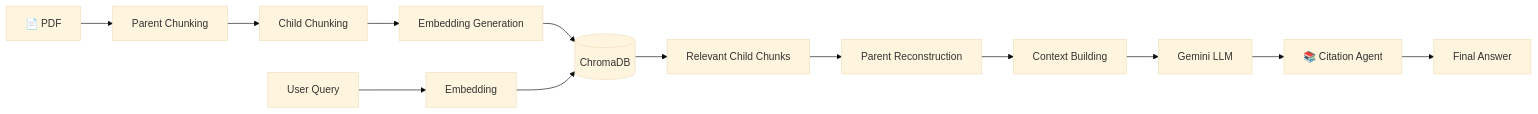
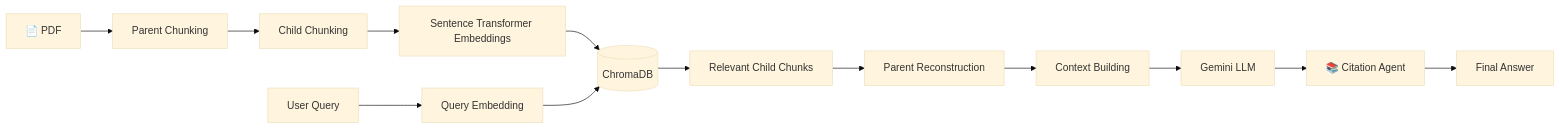
One commit to shubhamm-27/OmniResearchAI changed the third of 3 diagrams in README.md. Above: the diagram before and after it, drawn with Mermaid (base theme). The commit also changed other lines of this file, not shown here.

````diff
--- a/README.md
+++ b/README.md
@@ -169,31 +175,31 @@
 ```mermaid
 flowchart LR
 
 A[📄 PDF]
 
 A --> B[Parent Chunking]
 
 B --> C[Child Chunking]
 
-C --> D[Embedding Generation]
+C --> D[Sentence Transformer Embeddings]
 
 D --> E[(ChromaDB)]
 
 F[User Query]
 
-F --> G[Embedding]
+F --> G[Query Embedding]
 
 G --> E
 
 E --> H[Relevant Child Chunks]
 
 H --> I[Parent Reconstruction]
 
 I --> J[Context Building]
 
 J --> K[Gemini LLM]
 
 K --> L[📚 Citation Agent]
 
 L --> M[Final Answer]
 ```
````
